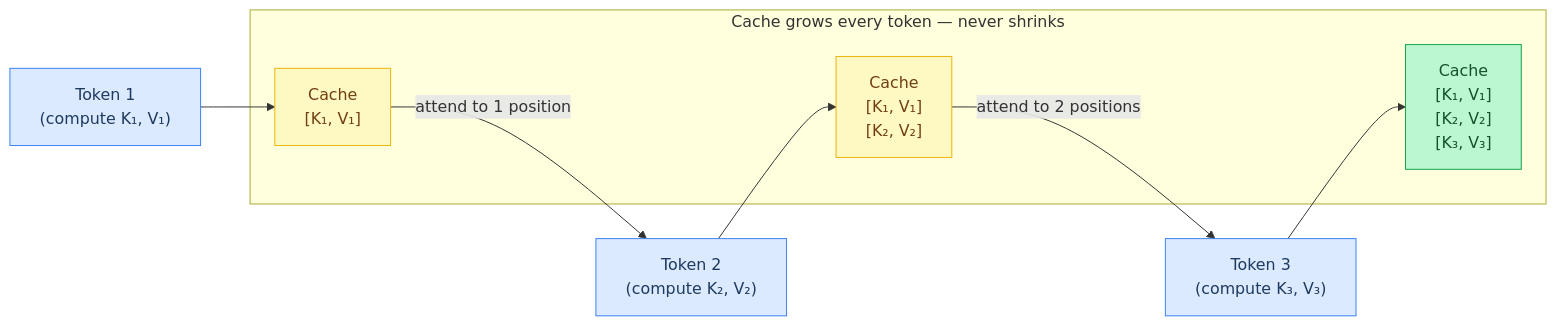
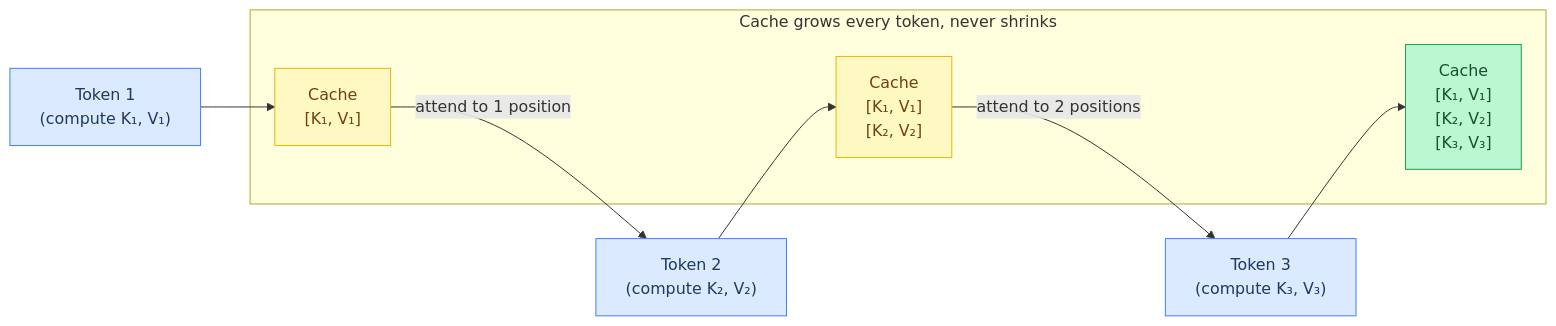
One commit to maci0/agave changed the first of 7 diagrams in docs/tutorial/05-memory-and-caching.md. Above: the diagram before and after it, drawn with Mermaid. The commit also changed other lines of this file and 196 other files, not shown here.

````diff
--- a/docs/tutorial/05-memory-and-caching.md
+++ b/docs/tutorial/05-memory-and-caching.md
@@ -21,29 +21,29 @@
 ```mermaid
 flowchart LR
     classDef setup     fill:#dbeafe,stroke:#3b82f6,color:#1e3a5f
     classDef sync      fill:#dcfce7,stroke:#22c55e,color:#14532d
     classDef migration fill:#fef9c3,stroke:#eab308,color:#713f12
     classDef success   fill:#bbf7d0,stroke:#16a34a,color:#14532d
     classDef danger    fill:#fee2e2,stroke:#ef4444,color:#7f1d1d
     classDef optional  fill:#f3e8ff,stroke:#9333ea,color:#581c87
 
     T1["Token 1\n(compute K₁, V₁)"]:::setup
     T2["Token 2\n(compute K₂, V₂)"]:::setup
     T3["Token 3\n(compute K₃, V₃)"]:::setup
     C1["Cache\n[K₁, V₁]"]:::migration
     C2["Cache\n[K₁, V₁]\n[K₂, V₂]"]:::migration
     C3["Cache\n[K₁, V₁]\n[K₂, V₂]\n[K₃, V₃]"]:::success
 
     T1 --> C1
     T2 --> C2
     T3 --> C3
 
     C1 -->|"attend to 1 position"| T2
     C2 -->|"attend to 2 positions"| T3
 
-    subgraph Growth["Cache grows every token — never shrinks"]
+    subgraph Growth["Cache grows every token, never shrinks"]
         C1
         C2
         C3
     end
 ```
````
